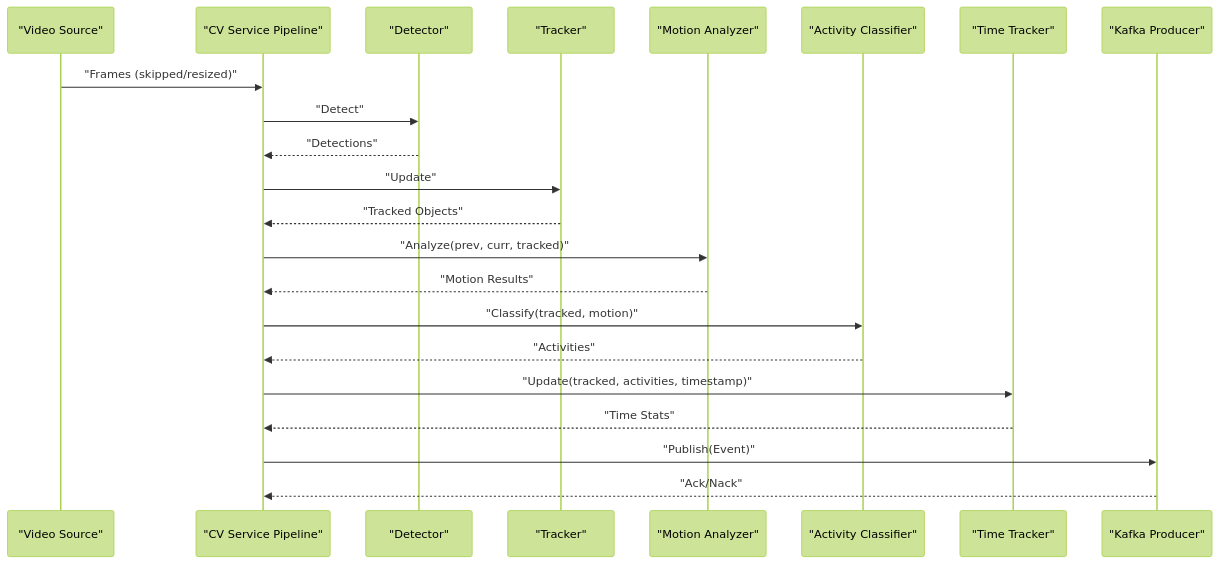
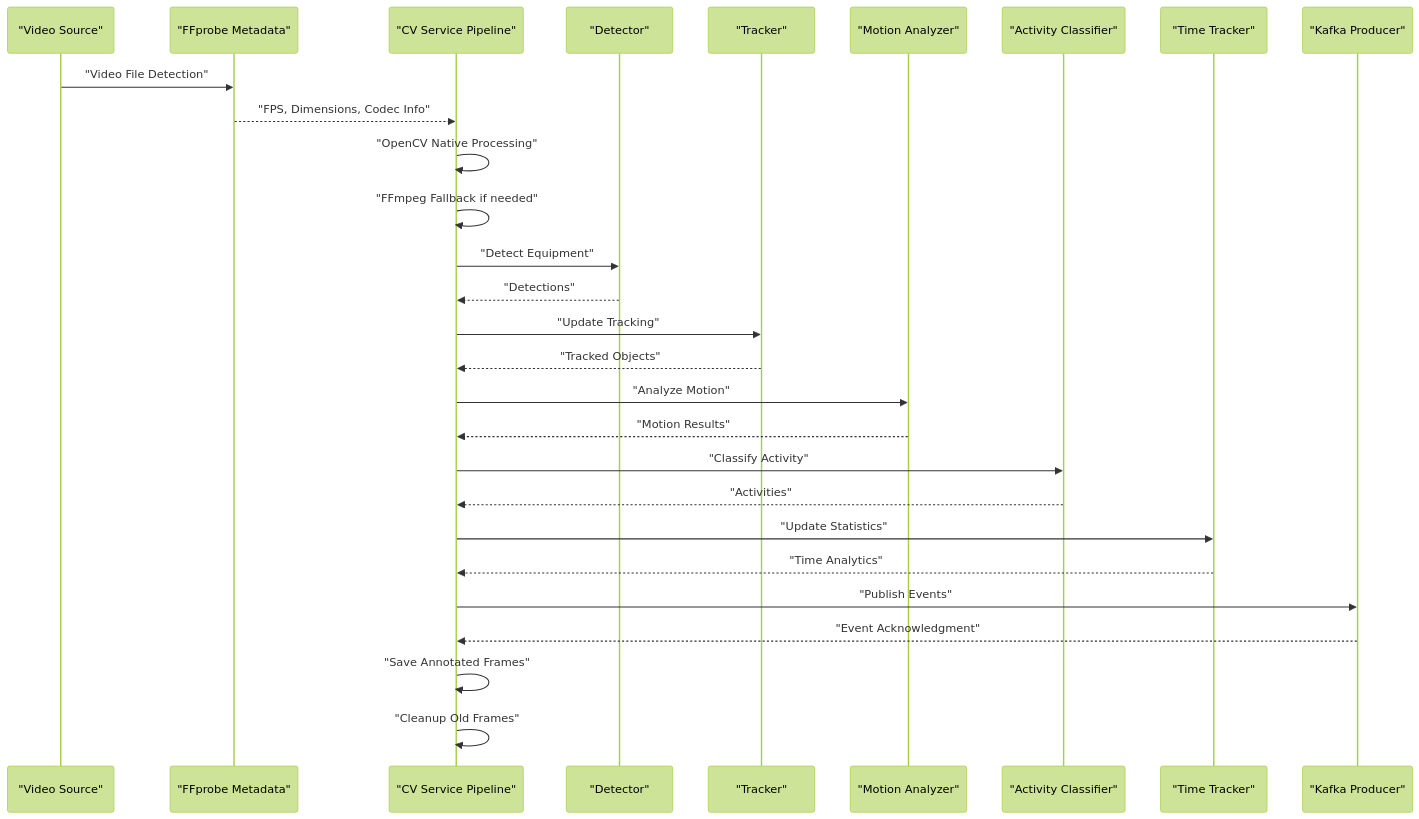
The third of 7 diagrams in .qoder/repowiki/en/content/Microservices Architecture/Microservices Architecture.md (Azzoz-189/construction-equipment-monitoring), drawn with Mermaid (forest theme) before and after one commit. The commit also changed other lines of this file and 6 other files, not shown here.

````diff
--- a/.qoder/repowiki/en/content/Microservices Architecture/Microservices Architecture.md
+++ b/.qoder/repowiki/en/content/Microservices Architecture/Microservices Architecture.md
@@ -167,24 +222,30 @@
 ```mermaid
 sequenceDiagram
 participant SRC as "Video Source"
+participant PROBE as "FFprobe Metadata"
 participant CV as "CV Service Pipeline"
 participant DET as "Detector"
 participant TRK as "Tracker"
 participant MOT as "Motion Analyzer"
 participant ACT as "Activity Classifier"
 participant TIME as "Time Tracker"
 participant KPR as "Kafka Producer"
-SRC->>CV : "Frames (skipped/resized)"
-CV->>DET : "Detect"
+SRC->>PROBE : "Video File Detection"
+PROBE-->>CV : "FPS, Dimensions, Codec Info"
+CV->>CV : "OpenCV Native Processing"
+CV->>CV : "FFmpeg Fallback if needed"
+CV->>DET : "Detect Equipment"
 DET-->>CV : "Detections"
-CV->>TRK : "Update"
+CV->>TRK : "Update Tracking"
 TRK-->>CV : "Tracked Objects"
-CV->>MOT : "Analyze(prev, curr, tracked)"
+CV->>MOT : "Analyze Motion"
 MOT-->>CV : "Motion Results"
-CV->>ACT : "Classify(tracked, motion)"
+CV->>ACT : "Classify Activity"
 ACT-->>CV : "Activities"
-CV->>TIME : "Update(tracked, activities, timestamp)"
-TIME-->>CV : "Time Stats"
-CV->>KPR : "Publish(Event)"
-KPR-->>CV : "Ack/Nack"
+CV->>TIME : "Update Statistics"
+TIME-->>CV : "Time Analytics"
+CV->>KPR : "Publish Events"
+KPR-->>CV : "Event Acknowledgment"
+CV->>CV : "Save Annotated Frames"
+CV->>CV : "Cleanup Old Frames"
 ```
````
